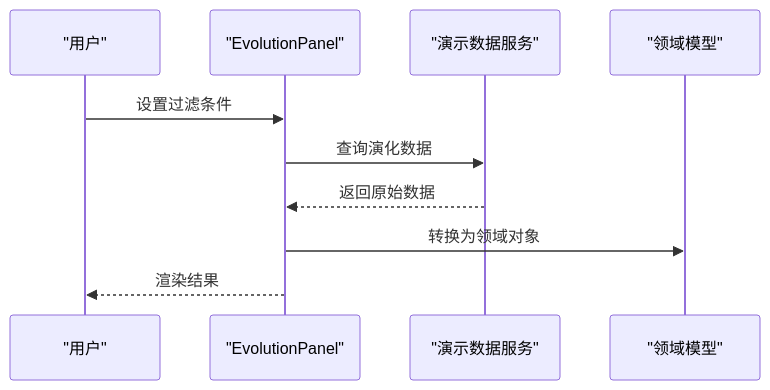
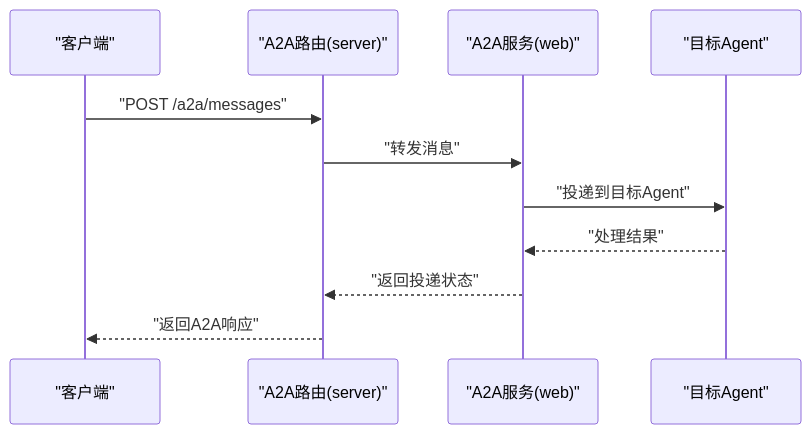
One commit to Maki3991/study-PactLedger changed the fifth of 9 diagrams in .qoder/repowiki/zh/content/API参考文档/API参考文档.md. Above: the diagram before and after it, drawn with Mermaid. The commit also changed other lines of this file and 8 other files, not shown here.

````diff
--- a/.qoder/repowiki/zh/content/API参考文档/API参考文档.md
+++ b/.qoder/repowiki/zh/content/API参考文档/API参考文档.md
@@ -179,12 +248,13 @@
 ```mermaid
 sequenceDiagram
-participant U as "用户"
-participant EP as "EvolutionPanel"
-participant DS as "演示数据服务"
-participant DM as "领域模型"
-U->>EP : 设置过滤条件
-EP->>DS : 查询演化数据
-DS-->>EP : 返回原始数据
-EP->>DM : 转换为领域对象
-EP-->>U : 渲染结果
+participant C as "客户端"
+participant RA as "A2A路由(server)"
+participant WA as "A2A服务(web)"
+participant AG as "目标Agent"
+C->>RA : "POST /a2a/messages"
+RA->>WA : "转发消息"
+WA->>AG : "投递到目标Agent"
+AG-->>WA : "处理结果"
+WA-->>RA : "返回投递状态"
+RA-->>C : "返回A2A响应"
 ```
````
